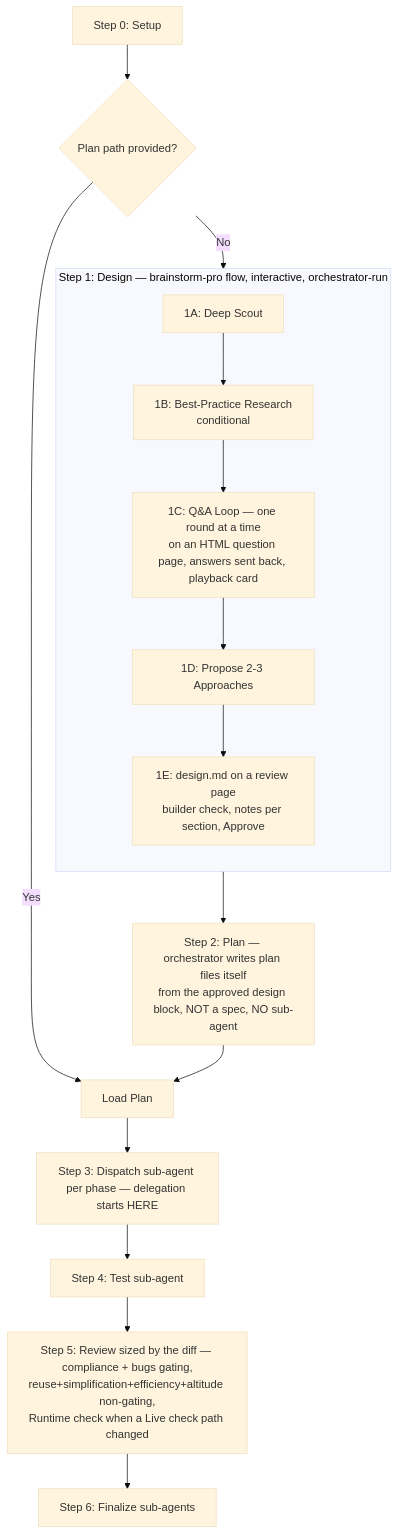
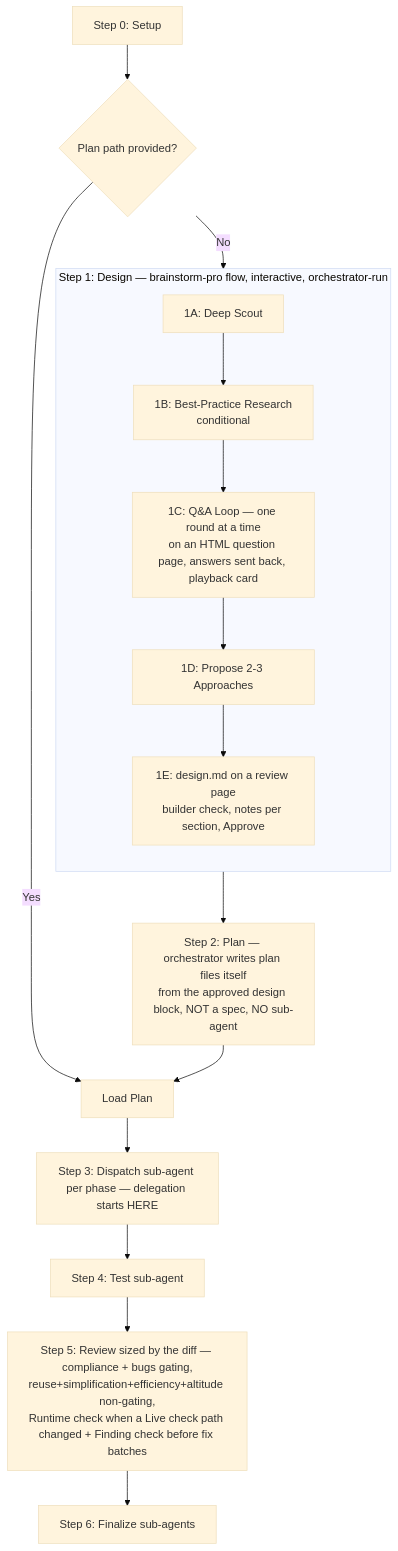
Before and after one commit to dphong1995/skills: the diagram in skills/cook/SKILL.md, drawn with Mermaid (base theme). The commit also changed other lines of this file and 4 other files, not shown here.

````diff
--- a/skills/cook/SKILL.md
+++ b/skills/cook/SKILL.md
@@ -95,19 +95,19 @@
 ```mermaid
 flowchart TD
     A[Step 0: Setup] --> B{Plan path provided?}
     B -->|Yes| F[Load Plan]
     B -->|No| C1
     subgraph S1[Step 1: Design — brainstorm-pro flow, interactive, orchestrator-run]
       direction TB
       C1[1A: Deep Scout] --> C2[1B: Best-Practice Research<br/>conditional]
       C2 --> C3[1C: Q&A Loop — one round at a time<br/>on an HTML question page, answers sent back, playback card]
       C3 --> C4[1D: Propose 2-3 Approaches]
       C4 --> C5[1E: design.md on a review page<br/>builder check, notes per section, Approve]
     end
     C5 --> D[Step 2: Plan — orchestrator writes plan files itself<br/>from the approved design block, NOT a spec, NO sub-agent]
     D --> F
     F --> H[Step 3: Dispatch sub-agent per phase — delegation starts HERE]
     H --> K[Step 4: Test sub-agent]
-    K --> Rev[Step 5: Review sized by the diff — compliance + bugs gating,<br/>reuse+simplification+efficiency+altitude non-gating,<br/>Runtime check when a Live check path changed]
+    K --> Rev[Step 5: Review sized by the diff — compliance + bugs gating,<br/>reuse+simplification+efficiency+altitude non-gating,<br/>Runtime check when a Live check path changed + Finding check before fix batches]
     Rev --> L[Step 6: Finalize sub-agents]
 ```
````
